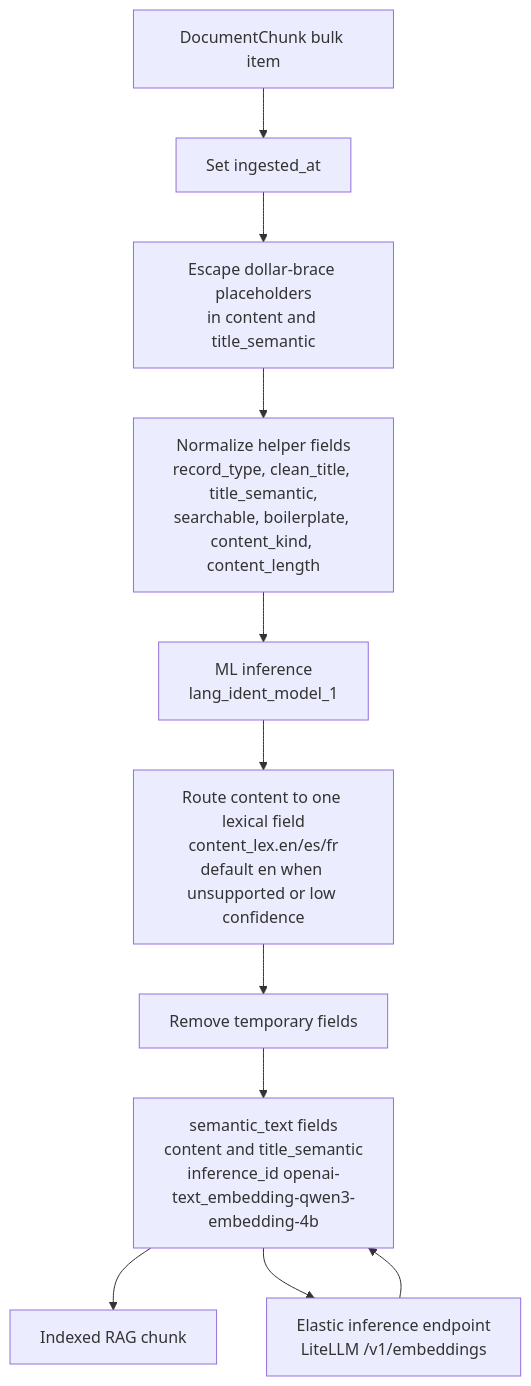
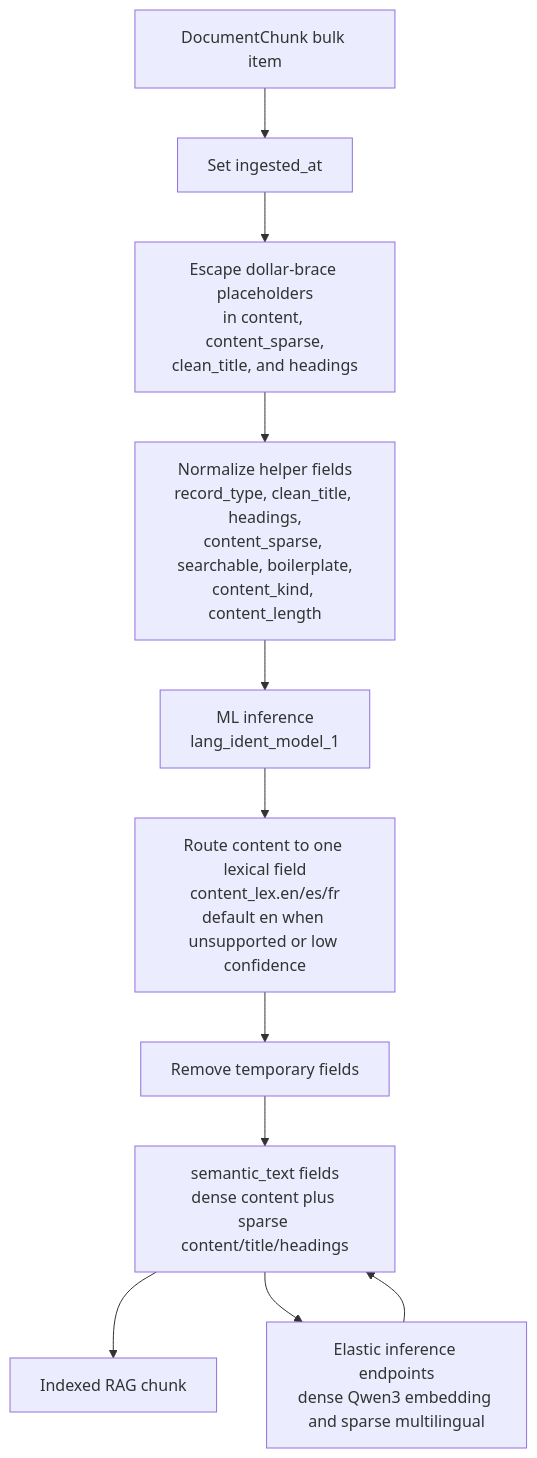
The second of 3 diagrams in docs/ingest-server-pipeline-workflow.md (alrolo3/ingest-server-orquestator), drawn with Mermaid before and after one commit. The commit also changed other lines of this file and 31 other files, not shown here.

````diff
--- a/docs/ingest-server-pipeline-workflow.md
+++ b/docs/ingest-server-pipeline-workflow.md
@@ -234,16 +235,16 @@
 ```mermaid
 flowchart TD
     chunk[DocumentChunk bulk item]
     ts[Set ingested_at]
-    escape[Escape dollar-brace placeholders<br/>in content and title_semantic]
-    normalize[Normalize helper fields<br/>record_type, clean_title, title_semantic,<br/>searchable, boilerplate, content_kind, content_length]
+    escape[Escape dollar-brace placeholders<br/>in content, content_sparse,<br/>clean_title, and headings]
+    normalize[Normalize helper fields<br/>record_type, clean_title, headings,<br/>content_sparse, searchable, boilerplate,<br/>content_kind, content_length]
     lang[ML inference<br/>lang_ident_model_1]
     route[Route content to one lexical field<br/>content_lex.en/es/fr<br/>default en when unsupported or low confidence]
     remove[Remove temporary fields]
-    semantic[semantic_text fields<br/>content and title_semantic<br/>inference_id openai-text_embedding-qwen3-embedding-4b]
-    endpoint[Elastic inference endpoint<br/>LiteLLM /v1/embeddings]
+    semantic[semantic_text fields<br/>dense content plus sparse content/title/headings]
+    endpoint[Elastic inference endpoints<br/>dense Qwen3 embedding and sparse multilingual]
     indexed[Indexed RAG chunk]
 
     chunk --> ts --> escape --> normalize --> lang --> route --> remove --> semantic --> indexed
     semantic --> endpoint --> semantic
 ```
````
